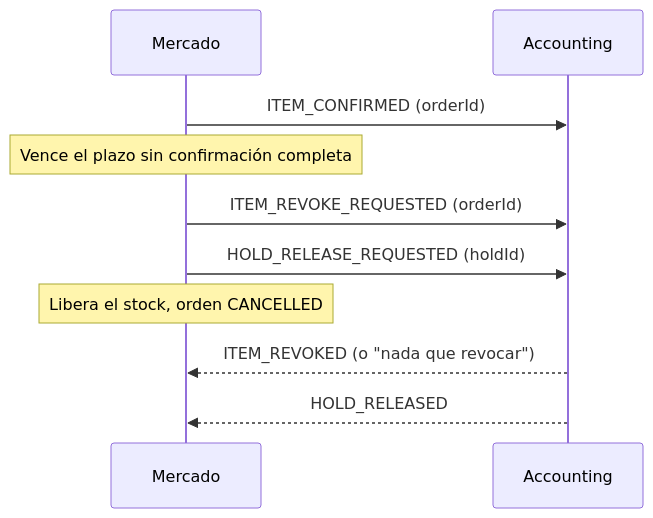
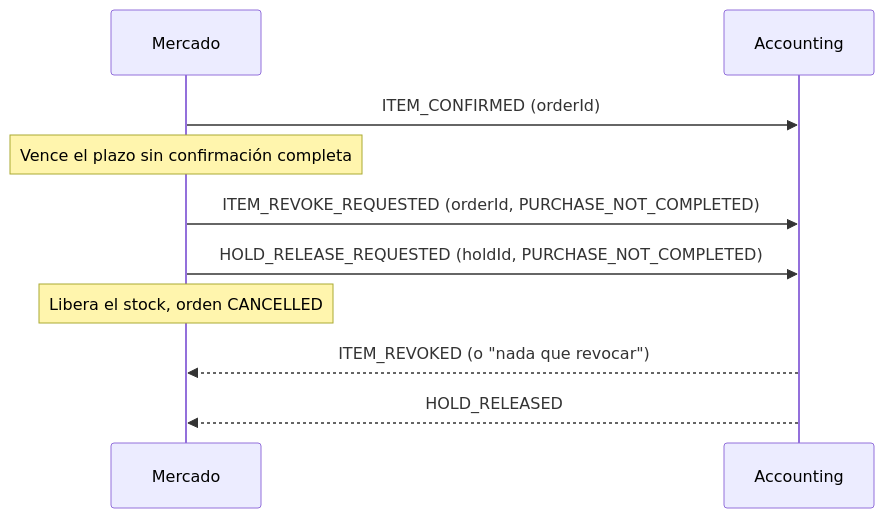
Before and after one commit to ValentinoMellia/tpi-market-vault: the second of 2 diagrams in 01 - Projects/Market Service/Propuesta C de la saga de compra.md, drawn with Mermaid. The commit also changed other lines of this file and 22 other files, not shown here.

````diff
--- a/01 - Projects/Market Service/Propuesta C de la saga de compra.md
+++ b/01 - Projects/Market Service/Propuesta C de la saga de compra.md
@@ -64,12 +64,12 @@
 ```mermaid
 sequenceDiagram
     participant M as Mercado
     participant A as Accounting
     M->>A: ITEM_CONFIRMED (orderId)
     Note over M: Vence el plazo sin confirmación completa
-    M->>A: ITEM_REVOKE_REQUESTED (orderId)
-    M->>A: HOLD_RELEASE_REQUESTED (holdId)
+    M->>A: ITEM_REVOKE_REQUESTED (orderId, PURCHASE_NOT_COMPLETED)
+    M->>A: HOLD_RELEASE_REQUESTED (holdId, PURCHASE_NOT_COMPLETED)
     Note over M: Libera el stock, orden CANCELLED
     A-->>M: ITEM_REVOKED (o "nada que revocar")
     A-->>M: HOLD_RELEASED
 ```
````
